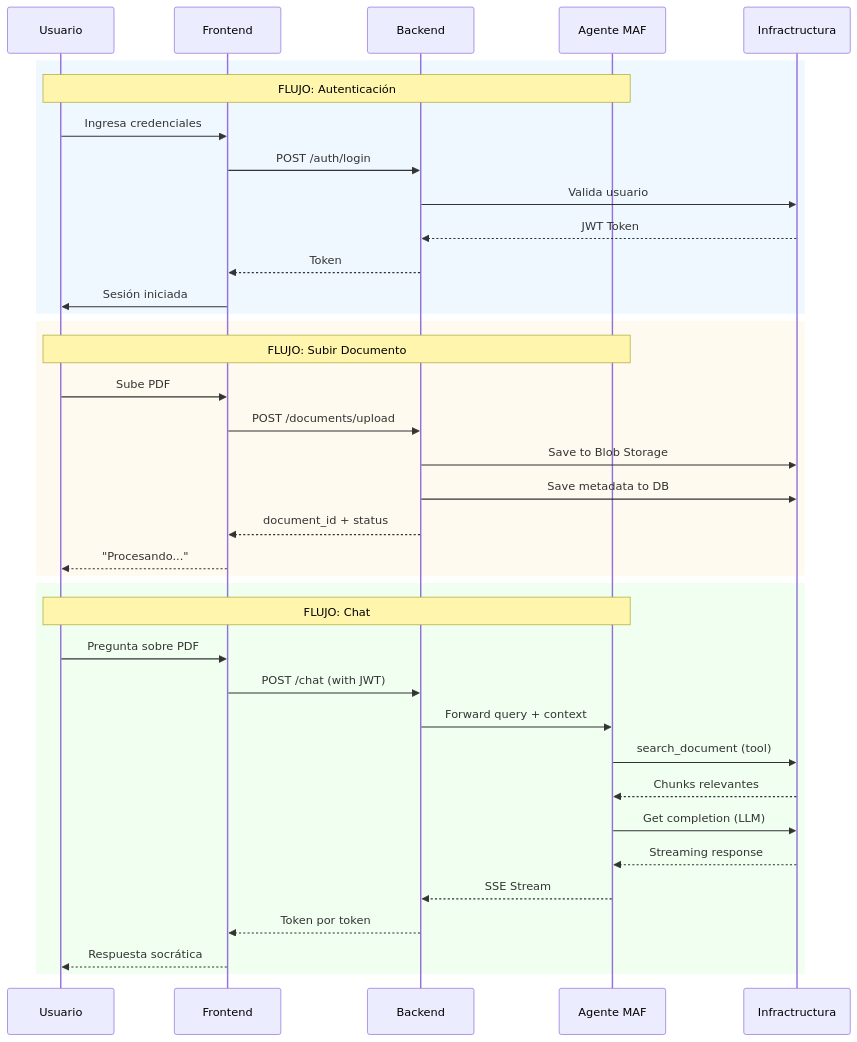
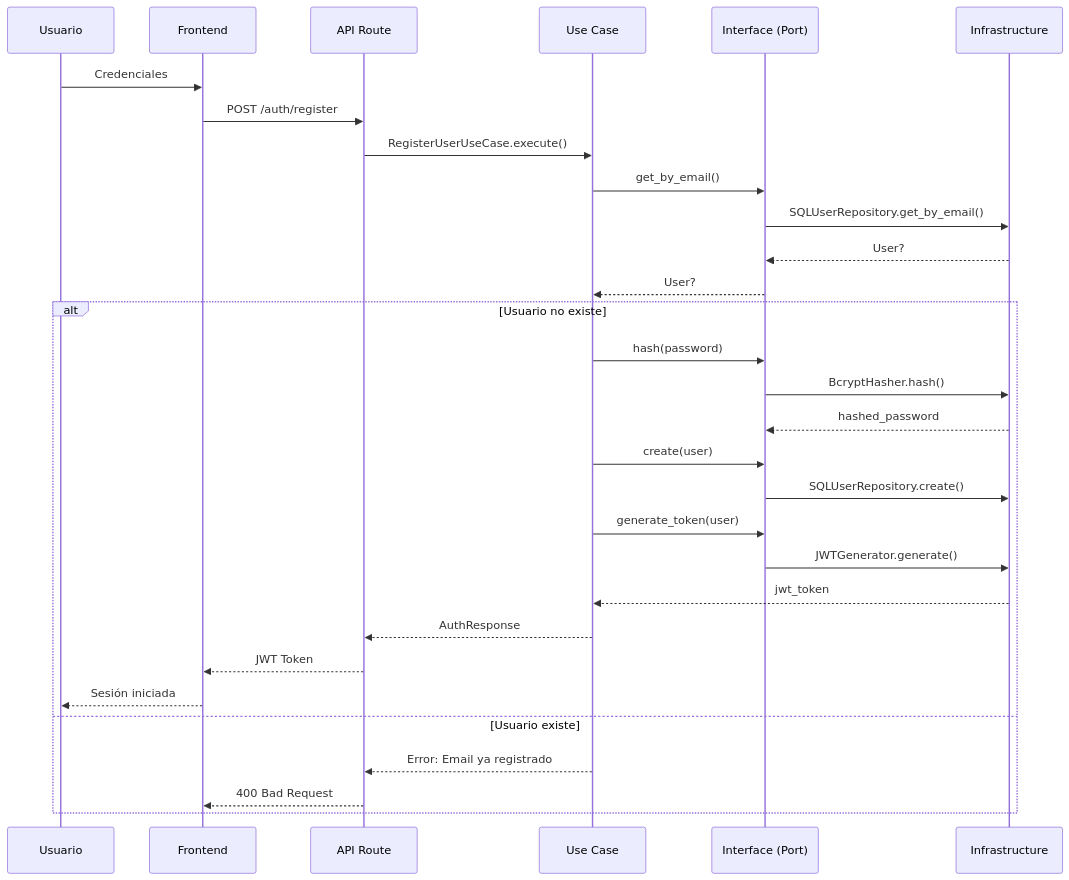
The second of 3 diagrams in docs/ARCHITECTURE.md (luiscm17/noetix-rag), drawn with Mermaid before and after one commit. The commit also changed other lines of this file, not shown here.

Commit message:
docs: update ARCHITECTURE.md with Clean Architecture details

````diff
--- a/docs/ARCHITECTURE.md
+++ b/docs/ARCHITECTURE.md
@@ -71,42 +269,34 @@
 ```mermaid
 sequenceDiagram
     participant U as Usuario
     participant F as Frontend
-    participant B as Backend
-    participant A as Agente MAF
-    participant I as Infractructura
+    participant R as API Route
+    participant UC as Use Case
+    participant IR as Interface (Port)
+    participant I as Infrastructure
 
-    rect rgb(240, 248, 255)
-        Note over U,A: FLUJO: Autenticación
-        U->>F: Ingresa credenciales
-        F->>B: POST /auth/login
-        B->>I: Valida usuario
-        I-->>B: JWT Token
-        B-->>F: Token
-        F->>U: Sesión iniciada
-    end
-
-    rect rgb(255, 250, 240)
-        Note over U,A: FLUJO: Subir Documento
-        U->>F: Sube PDF
-        F->>B: POST /documents/upload
-        B->>I: Save to Blob Storage
-        B->>I: Save metadata to DB
-        B-->>F: document_id + status
-        F-->>U: "Procesando..."
-    end
-
-    rect rgb(240, 255, 240)
-        Note over U,A: FLUJO: Chat
-        U->>F: Pregunta sobre PDF
-        F->>B: POST /chat (with JWT)
-        B->>A: Forward query + context
-        A->>I: search_document (tool)
-        I-->>A: Chunks relevantes
-        A->>I: Get completion (LLM)
-        I-->>A: Streaming response
-        A-->>B: SSE Stream
-        B-->>F: Token por token
-        F-->>U: Respuesta socrática
+    U->>F: Credenciales
+    F->>R: POST /auth/register
+    R->>UC: RegisterUserUseCase.execute()
+    UC->>IR: get_by_email()
+    IR->>I: SQLUserRepository.get_by_email()
+    I-->>IR: User?
+    IR-->>UC: User?
+    
+    alt Usuario no existe
+        UC->>IR: hash(password)
+        IR->>I: BcryptHasher.hash()
+        I-->>IR: hashed_password
+        UC->>IR: create(user)
+        IR->>I: SQLUserRepository.create()
+        UC->>IR: generate_token(user)
+        IR->>I: JWTGenerator.generate()
+        I-->>UC: jwt_token
+        UC-->>R: AuthResponse
+        R-->>F: JWT Token
+        F-->>U: Sesión iniciada
+    else Usuario existe
+        UC-->>R: Error: Email ya registrado
+        R-->>F: 400 Bad Request
     end
 ```
````
